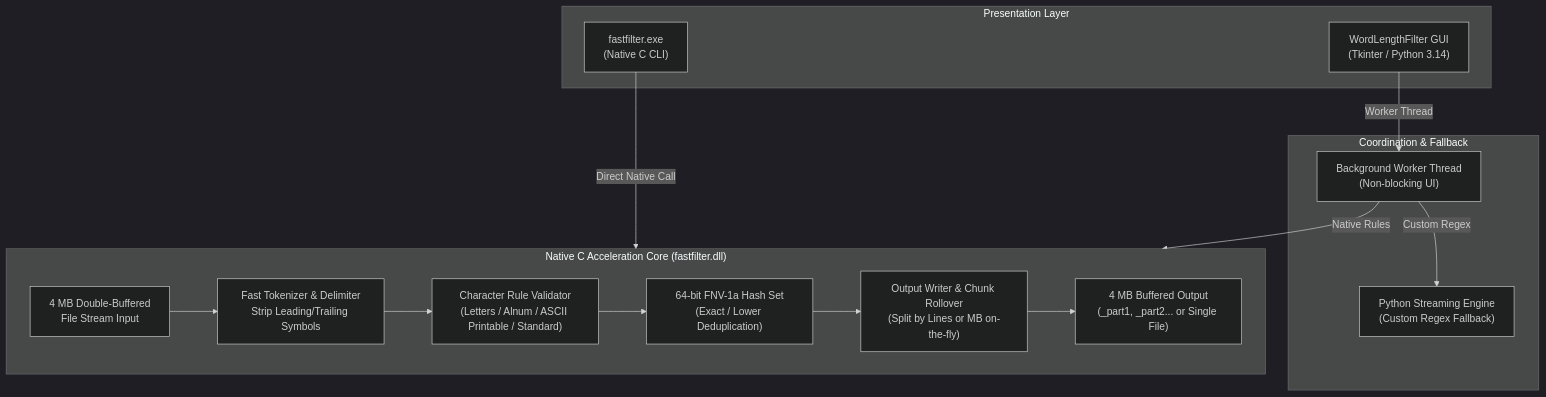
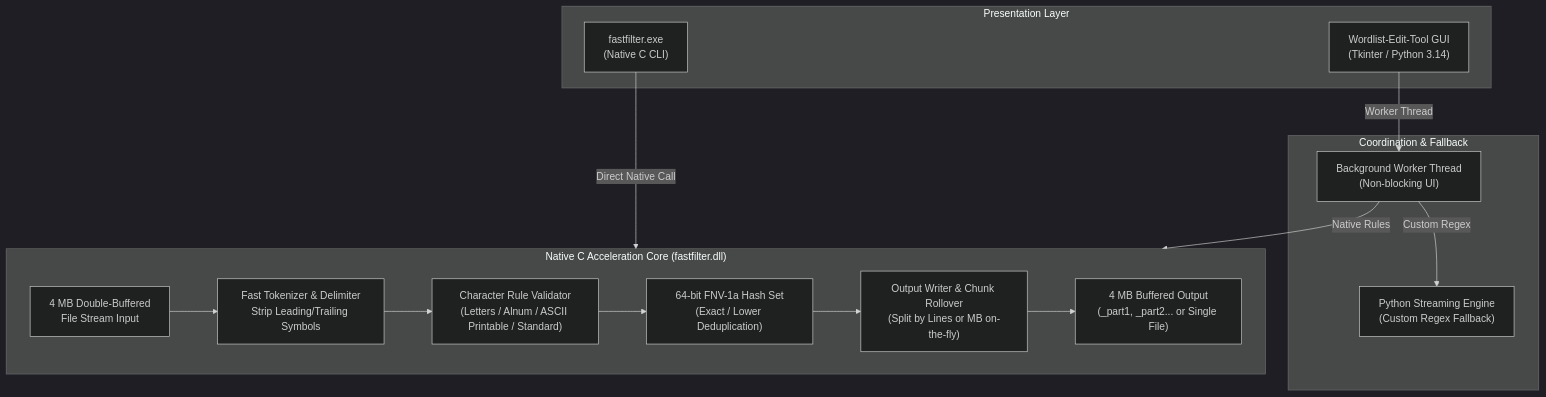
One commit to fied1k/Wordlist-Edit-Tool changed the diagram in README.md. Above: the diagram before and after it, drawn with Mermaid (dark theme). The commit also changed other lines of this file and 15 other files, not shown here.

Commit message:
chore(release): release v1.5.0 - Rename application and repository to Wordlist-Edit-Tool, update build specs, executable naming, and release assets

````diff
--- a/README.md
+++ b/README.md
@@ -17,32 +17,32 @@
 ```mermaid
 flowchart TD
     subgraph Presentation ["Presentation Layer"]
-        GUI["WordLengthFilter GUI\n(Tkinter / Python 3.14)"]
+        GUI["Wordlist-Edit-Tool GUI\n(Tkinter / Python 3.14)"]
         CLI["fastfilter.exe\n(Native C CLI)"]
     end
 
     subgraph Coordination ["Coordination & Fallback"]
         WORKER["Background Worker Thread\n(Non-blocking UI)"]
         PY_STREAM["Python Streaming Engine\n(Custom Regex Fallback)"]
     end
 
     subgraph Engine ["Native C Acceleration Core (fastfilter.dll)"]
         BUF_IN["4 MB Double-Buffered\nFile Stream Input"]
         TOKENIZER["Fast Tokenizer & Delimiter\nStrip Leading/Trailing Symbols"]
         RULE_ENGINE["Character Rule Validator\n(Letters / Alnum / ASCII Printable / Standard)"]
         HASHSET["64-bit FNV-1a Hash Set\n(Exact / Lower Deduplication)"]
         ROLLOVER["Output Writer & Chunk Rollover\n(Split by Lines or MB on-the-fly)"]
         BUF_OUT["4 MB Buffered Output\n(_part1, _part2... or Single File)"]
     end
 
     GUI -->|Worker Thread| WORKER
     WORKER -->|Native Rules| Engine
     WORKER -->|Custom Regex| PY_STREAM
     CLI -->|Direct Native Call| Engine
 
     BUF_IN --> TOKENIZER
     TOKENIZER --> RULE_ENGINE
     RULE_ENGINE --> HASHSET
     HASHSET --> ROLLOVER
     ROLLOVER --> BUF_OUT
 ```
````
